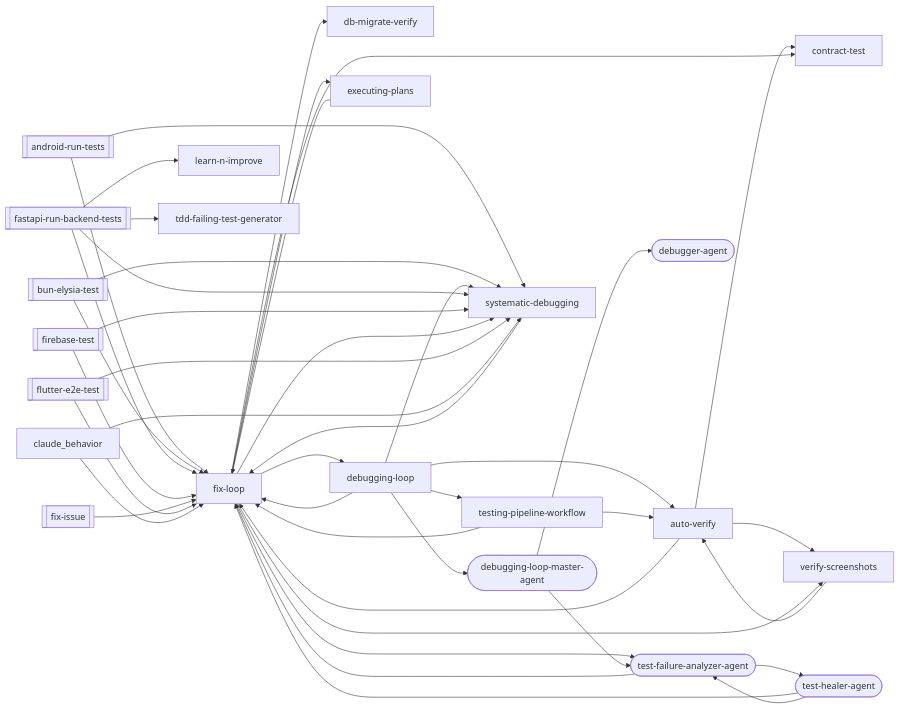
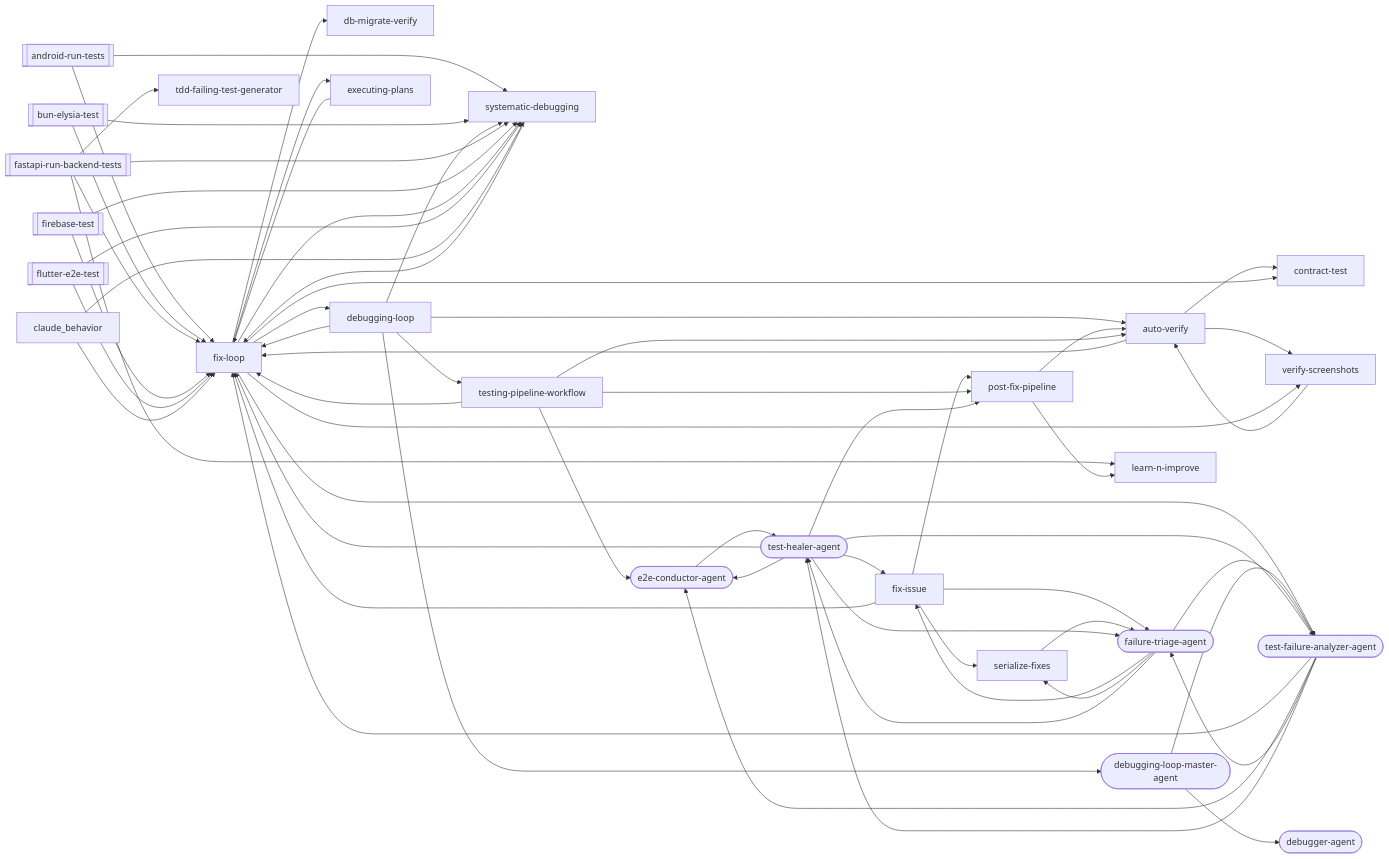
One commit to abhayla/claude-best-practices changed the third of 23 diagrams in docs/workflows/debugging-loop.md. Above: the diagram before and after it, drawn with Mermaid. The commit also changed other lines of this file and 12 other files, not shown here.

```diff
--- a/docs/workflows/debugging-loop.md
+++ b/docs/workflows/debugging-loop.md
@@ -503,7 +572,6 @@
     bun_elysia_test[["bun-elysia-test"]]
     fastapi_run_backend_tests[["fastapi-run-backend-tests"]]
     firebase_test[["firebase-test"]]
-    fix_issue[["fix-issue"]]
     flutter_e2e_test[["flutter-e2e-test"]]
     auto_verify["auto-verify"]
     contract_test["contract-test"]
@@ -511,9 +579,14 @@
     debugger_agent(["debugger-agent"])
     debugging_loop["debugging-loop"]
     debugging_loop_master_agent(["debugging-loop-master-agent"])
+    e2e_conductor_agent(["e2e-conductor-agent"])
     executing_plans["executing-plans"]
+    failure_triage_agent(["failure-triage-agent"])
+    fix_issue["fix-issue"]
     fix_loop["fix-loop"]
     learn_n_improve["learn-n-improve"]
+    post_fix_pipeline["post-fix-pipeline"]
+    serialize_fixes["serialize-fixes"]
     systematic_debugging["systematic-debugging"]
     tdd_failing_test_generator["tdd-failing-test-generator"]
     test_failure_analyzer_agent(["test-failure-analyzer-agent"])
@@ -540,6 +613,9 @@
     firebase_test --> fix_loop
     firebase_test --> systematic_debugging
     fix_issue --> fix_loop
+    fix_issue --> post_fix_pipeline
+    fix_issue --> serialize_fixes
+    fix_issue --> failure_triage_agent
     fix_loop --> contract_test
     fix_loop --> db_migrate_verify
     fix_loop --> debugging_loop
@@ -549,15 +625,31 @@
     fix_loop --> test_failure_analyzer_agent
     flutter_e2e_test --> fix_loop
     flutter_e2e_test --> systematic_debugging
+    post_fix_pipeline --> auto_verify
+    post_fix_pipeline --> learn_n_improve
+    serialize_fixes --> failure_triage_agent
     systematic_debugging --> fix_loop
     testing_pipeline_workflow --> auto_verify
     testing_pipeline_workflow --> fix_loop
+    testing_pipeline_workflow --> post_fix_pipeline
+    testing_pipeline_workflow --> e2e_conductor_agent
     verify_screenshots --> auto_verify
     debugging_loop_master_agent --> debugger_agent
     debugging_loop_master_agent --> test_failure_analyzer_agent
+    e2e_conductor_agent --> test_healer_agent
+    failure_triage_agent --> fix_issue
+    failure_triage_agent --> serialize_fixes
+    failure_triage_agent --> test_failure_analyzer_agent
+    failure_triage_agent --> test_healer_agent
     test_failure_analyzer_agent --> fix_loop
+    test_failure_analyzer_agent --> e2e_conductor_agent
+    test_failure_analyzer_agent --> failure_triage_agent
     test_failure_analyzer_agent --> test_healer_agent
+    test_healer_agent --> fix_issue
     test_healer_agent --> fix_loop
+    test_healer_agent --> post_fix_pipeline
+    test_healer_agent --> e2e_conductor_agent
+    test_healer_agent --> failure_triage_agent
     test_healer_agent --> test_failure_analyzer_agent
     claude_behavior --> fix_loop
     claude_behavior --> systematic_debugging
```
